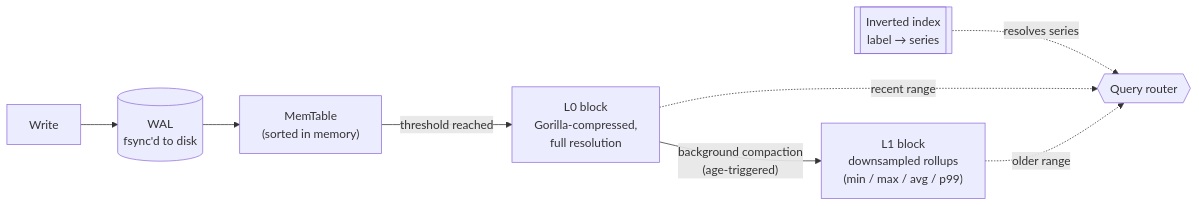
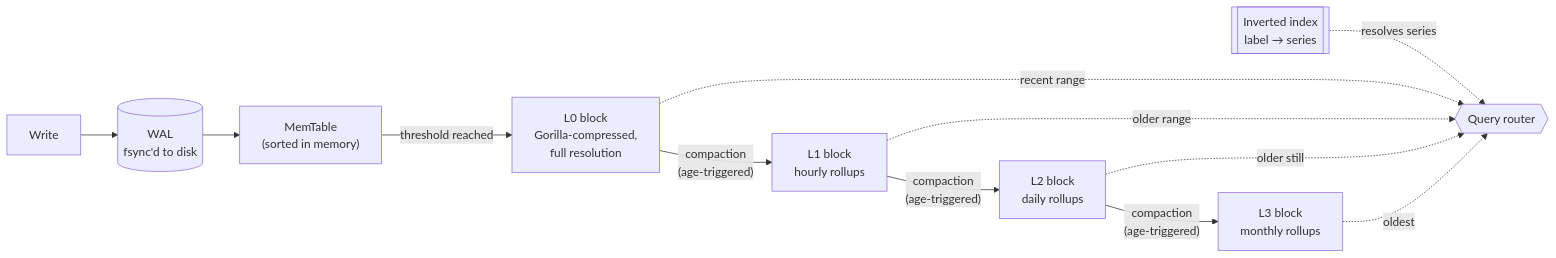
Before and after one commit to kankaniakshat185/strata: the diagram in docs/HOW_IT_WORKS.md, drawn with Mermaid. The commit also changed other lines of this file and 18 other files, not shown here.

````diff
--- a/docs/HOW_IT_WORKS.md
+++ b/docs/HOW_IT_WORKS.md
@@ -15,13 +15,17 @@
 ```mermaid
 flowchart LR
     W[Write] --> WAL[("WAL<br/>fsync'd to disk")]
     WAL --> MT["MemTable<br/>(sorted in memory)"]
     MT -->|"threshold reached"| L0["L0 block<br/>Gorilla-compressed,<br/>full resolution"]
-    L0 -->|"background compaction<br/>(age-triggered)"| L1["L1 block<br/>downsampled rollups<br/>(min / max / avg / p99)"]
+    L0 -->|"compaction<br/>(age-triggered)"| L1["L1 block<br/>hourly rollups"]
+    L1 -->|"compaction<br/>(age-triggered)"| L2["L2 block<br/>daily rollups"]
+    L2 -->|"compaction<br/>(age-triggered)"| L3["L3 block<br/>monthly rollups"]
 
     IDX[["Inverted index<br/>label → series"]]
     Q{{"Query router"}}
     IDX -.resolves series.-> Q
     L0 -.recent range.-> Q
     L1 -.older range.-> Q
+    L2 -.older still.-> Q
+    L3 -.oldest.-> Q
 ```
````
